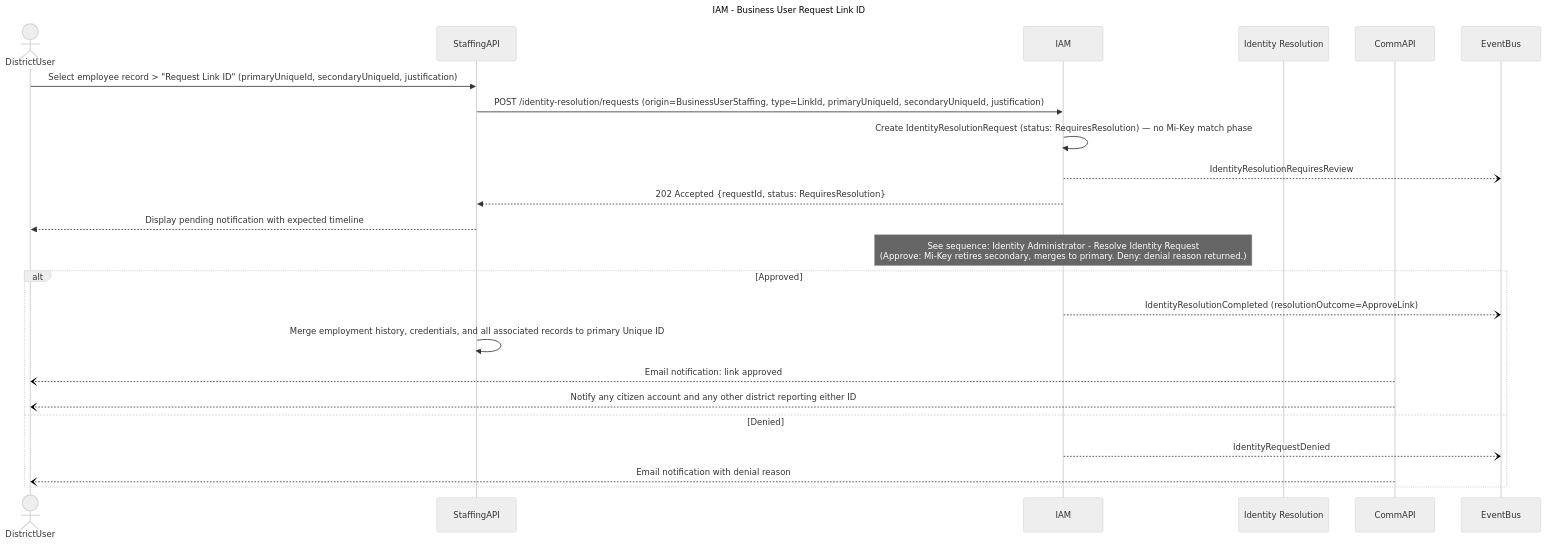
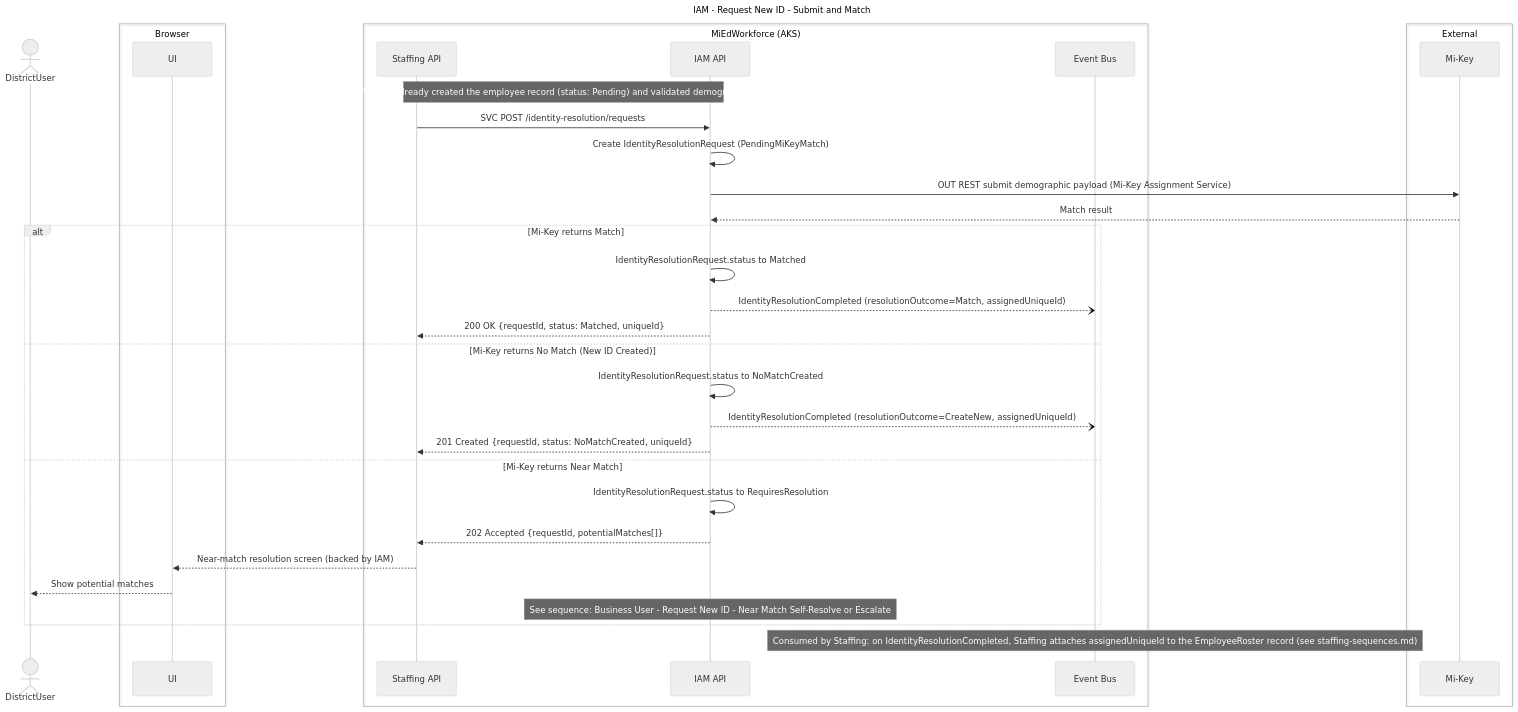
One commit to mnichols-dl/mied-design changed diagram 19 of 23 in working-docs/solution-areas/iam/iam-sequences.md. Above: the diagram before and after it, drawn with Mermaid (neutral theme). The commit also changed other lines of this file and 34 other files, not shown here.

Commit message:
Update sequences and perform RTM assessment

````diff
--- a/working-docs/solution-areas/iam/iam-sequences.md
+++ b/working-docs/solution-areas/iam/iam-sequences.md
@@ -1135,31 +1125,43 @@
 ```mermaid
 ---
-title: IAM - Business User Request Link ID
+title: IAM - Request New ID - Submit and Match
 ---
 sequenceDiagram
     actor DistrictUser
-    participant StaffingAPI
-    participant IAM
-    participant IdentityRes as Identity Resolution
-    participant CommAPI
-    participant EventBus
+    box Browser
+    participant UI
+    end
+    box MiEdWorkforce (AKS)
+    participant StaffingApi as Staffing API
+    participant IamApi as IAM API
+    participant EventBus as Event Bus
+    end
+    box External
+    participant MiKey as Mi-Key
+    end
 
-    DistrictUser->>StaffingAPI: Select employee record > "Request Link ID" (primaryUniqueId, secondaryUniqueId, justification)
-    StaffingAPI->>IAM: POST /identity-resolution/requests (origin=BusinessUserStaffing, type=LinkId, primaryUniqueId, secondaryUniqueId, justification)
-    IAM->>IAM: Create IdentityResolutionRequest (status: RequiresResolution) — no Mi-Key match phase
-    IAM--)EventBus: IdentityResolutionRequiresReview
-    IAM-->>StaffingAPI: 202 Accepted {requestId, status: RequiresResolution}
-    StaffingAPI-->>DistrictUser: Display pending notification with expected timeline
+    Note over StaffingApi,IamApi: Staffing has already created the employee record (status: Pending) and validated demographics locally
 
-    Note over IAM: See sequence: Identity Administrator - Resolve Identity Request<br/>(Approve: Mi-Key retires secondary, merges to primary. Deny: denial reason returned.)
+    StaffingApi->>IamApi: SVC POST /identity-resolution/requests
+    IamApi->>IamApi: Create IdentityResolutionRequest (PendingMiKeyMatch)
+    IamApi->>MiKey: OUT REST submit demographic payload (Mi-Key Assignment Service)
+    MiKey-->>IamApi: Match result
 
-    alt Approved
-        IAM--)EventBus: IdentityResolutionCompleted (resolutionOutcome=ApproveLink)
-        StaffingAPI->>StaffingAPI: Merge employment history, credentials, and all associated records to primary Unique ID
-        CommAPI--)DistrictUser: Email notification: link approved
-        CommAPI--)DistrictUser: Notify any citizen account and any other district reporting either ID
-    else Denied
-        IAM--)EventBus: IdentityRequestDenied
-        CommAPI--)DistrictUser: Email notification with denial reason
+    alt Mi-Key returns Match
+        IamApi->>IamApi: IdentityResolutionRequest.status to Matched
+        IamApi--)EventBus: IdentityResolutionCompleted (resolutionOutcome=Match, assignedUniqueId)
+        IamApi-->>StaffingApi: 200 OK {requestId, status: Matched, uniqueId}
+    else Mi-Key returns No Match (New ID Created)
+        IamApi->>IamApi: IdentityResolutionRequest.status to NoMatchCreated
+        IamApi--)EventBus: IdentityResolutionCompleted (resolutionOutcome=CreateNew, assignedUniqueId)
+        IamApi-->>StaffingApi: 201 Created {requestId, status: NoMatchCreated, uniqueId}
+    else Mi-Key returns Near Match
+        IamApi->>IamApi: IdentityResolutionRequest.status to RequiresResolution
+        IamApi-->>StaffingApi: 202 Accepted {requestId, potentialMatches[]}
+        StaffingApi-->>UI: Near-match resolution screen (backed by IAM)
+        UI-->>DistrictUser: Show potential matches
+        Note over IamApi: See sequence: Business User - Request New ID - Near Match Self-Resolve or Escalate
     end
+
+    Note over EventBus: Consumed by Staffing: on IdentityResolutionCompleted, Staffing attaches assignedUniqueId to the EmployeeRoster record (see staffing-sequences.md)
 ```
````
